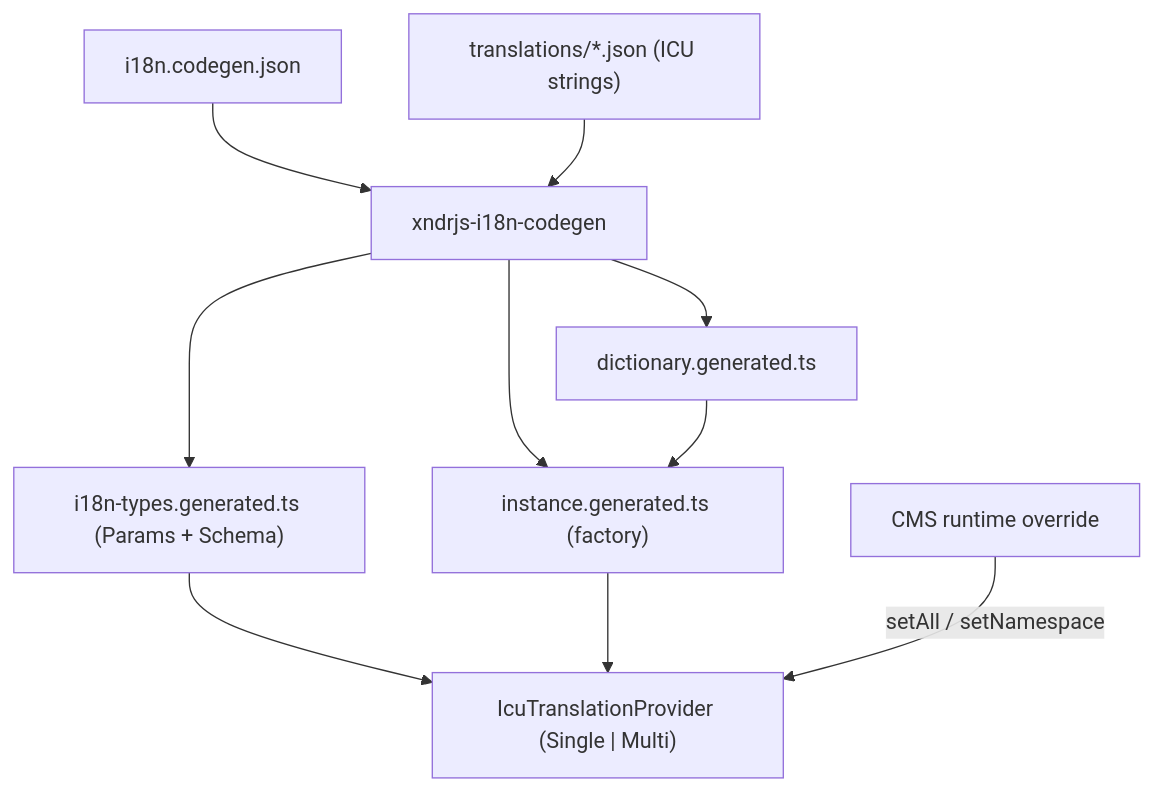
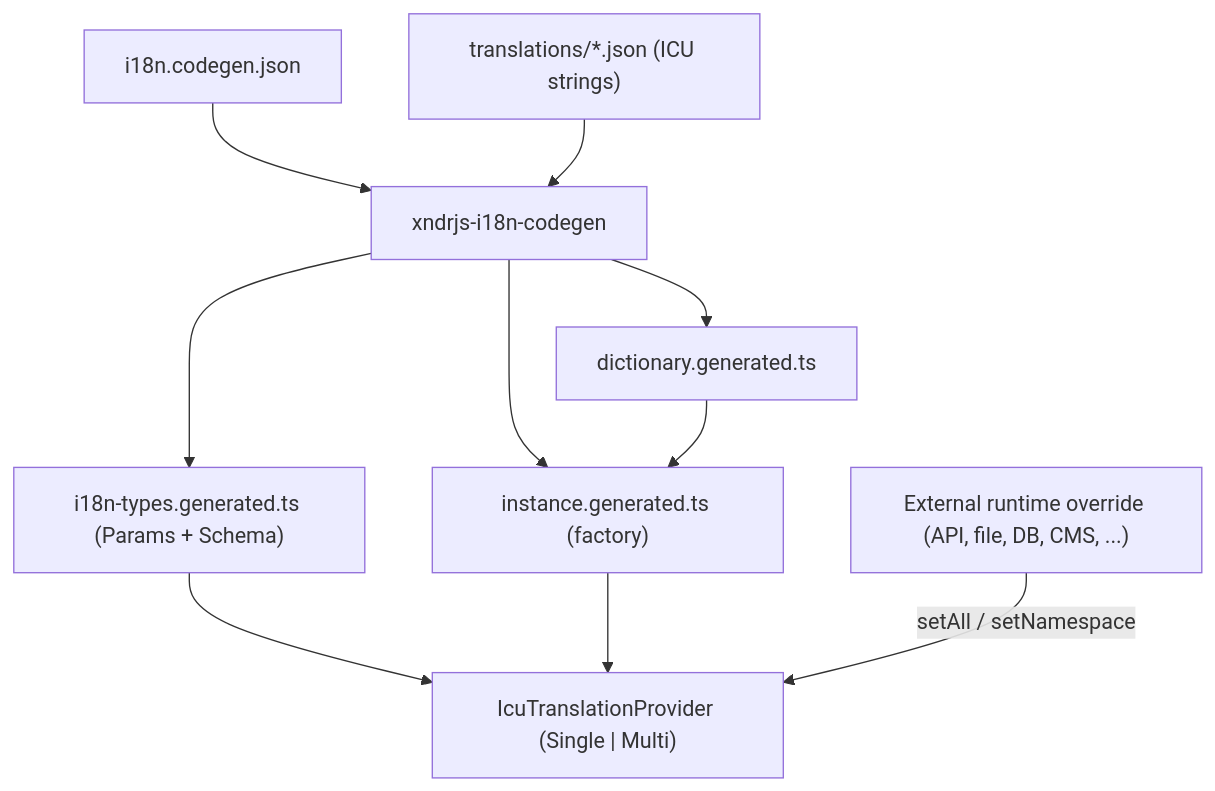
Before and after one commit to xndrjs/toolkit: the diagram in packages/i18n/README.md, drawn with Mermaid. The commit also changed other lines of this file and 2 other files, not shown here.

Commit message:
removed explicit cms references

````diff
--- a/packages/i18n/README.md
+++ b/packages/i18n/README.md
@@ -52,21 +52,21 @@
 ```mermaid
 flowchart TB
   config[i18n.codegen.json]
   json["translations/*.json (ICU strings)"]
   codegen["xndrjs-i18n-codegen"]
   types["i18n-types.generated.ts (Params + Schema)"]
   dict["dictionary.generated.ts"]
   inst["instance.generated.ts (factory)"]
   provider["IcuTranslationProvider (Single | Multi)"]
-  cms["CMS runtime override"]
+  external["External runtime override (API, file, DB, CMS, ...)"]
 
   config --> codegen
   json --> codegen
   codegen --> types
   codegen --> dict
   codegen --> inst
   types --> provider
   dict --> inst
   inst --> provider
-  cms -->|"setAll / setNamespace"| provider
+  external -->|"setAll / setNamespace"| provider
 ```
````
